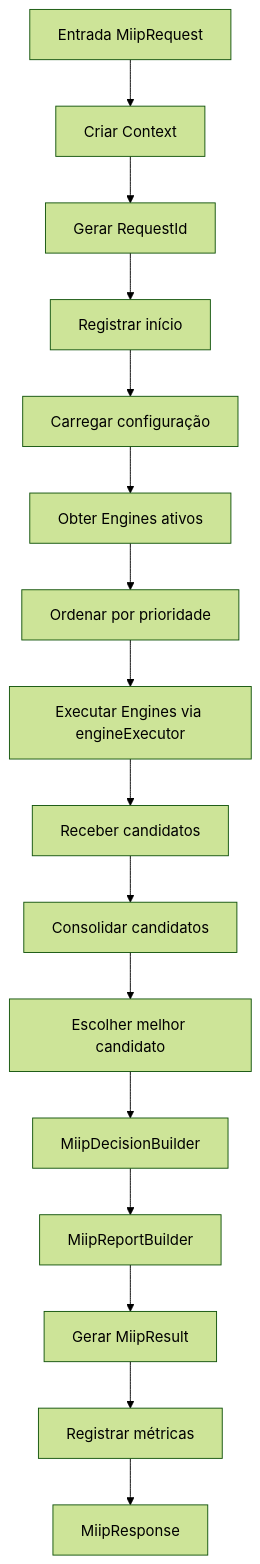
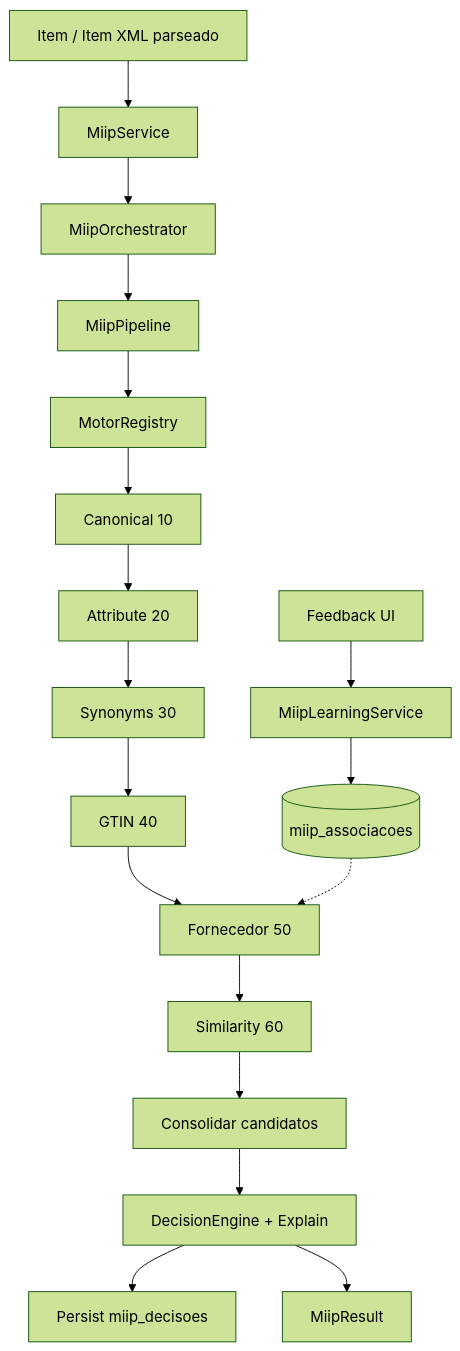
The first of 2 diagrams in docs/ARQUITETURA_MIIP.md (201620278/CDS-SISTEMAS---CREMOLICIA), drawn with Mermaid (forest theme) before and after one commit. The commit also changed other lines of this file and 113 other files, not shown here.

````diff
--- a/docs/ARQUITETURA_MIIP.md
+++ b/docs/ARQUITETURA_MIIP.md
@@ -1408,18 +275,20 @@
 ```mermaid
 flowchart TD
-    A[Entrada MiipRequest] --> B[Criar Context]
-    B --> C[Gerar RequestId]
-    C --> D[Registrar início]
-    D --> E[Carregar configuração]
-    E --> F[Obter Engines ativos]
-    F --> G[Ordenar por prioridade]
-    G --> H[Executar Engines via engineExecutor]
-    H --> I[Receber candidatos]
-    I --> J[Consolidar candidatos]
-    J --> K[Escolher melhor candidato]
-    K --> L[MiipDecisionBuilder]
-    L --> M[MiipReportBuilder]
-    M --> N[Gerar MiipResult]
-    N --> O[Registrar métricas]
-    O --> P[MiipResponse]
+    A[Item / Item XML parseado] --> B[MiipService]
+    B --> C[MiipOrchestrator]
+    C --> D[MiipPipeline]
+    D --> E[MotorRegistry]
+    E --> F1[Canonical 10]
+    F1 --> F2[Attribute 20]
+    F2 --> F3[Synonyms 30]
+    F3 --> F4[GTIN 40]
+    F4 --> F5[Fornecedor 50]
+    F5 --> F6[Similarity 60]
+    F6 --> G[Consolidar candidatos]
+    G --> H[DecisionEngine + Explain]
+    H --> I[Persist miip_decisoes]
+    H --> J[MiipResult]
+    K[Feedback UI] --> L[MiipLearningService]
+    L --> M[(miip_associacoes)]
+    M -.-> F5
 ```
````
